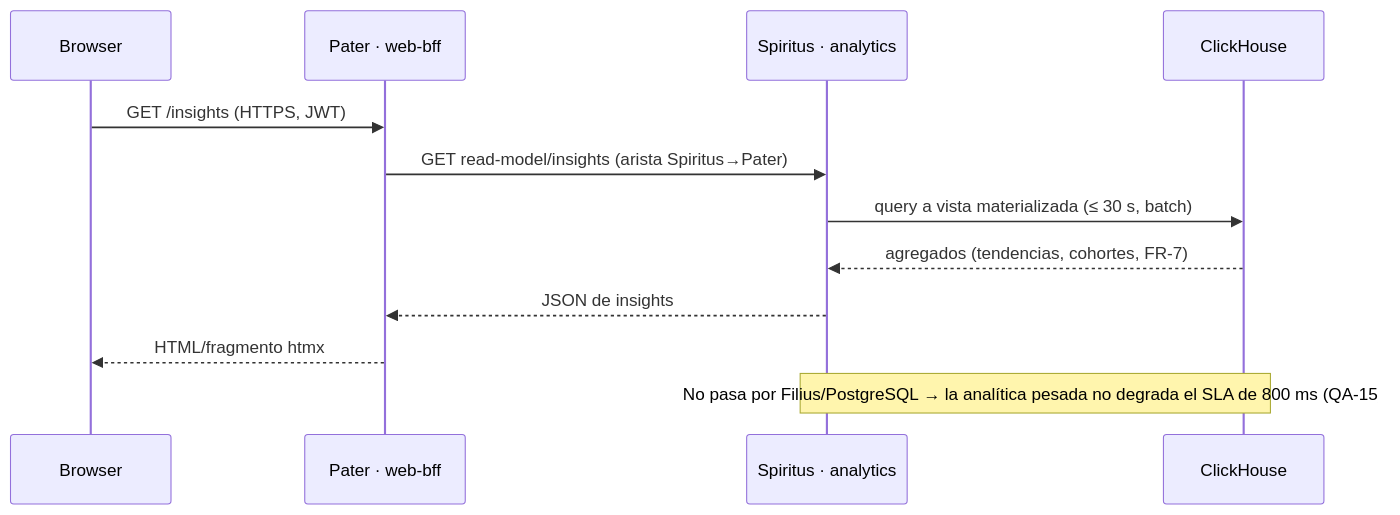
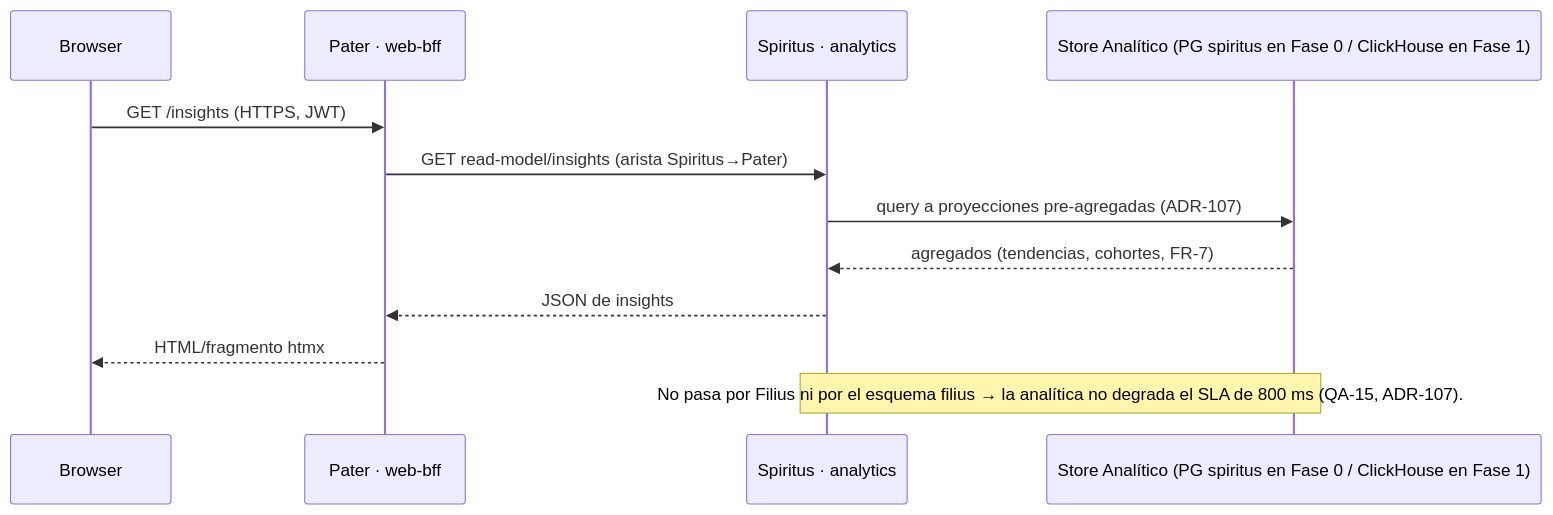
One commit to az-juan/trotamundos changed the sixth of 6 diagrams in trinity/architecture/vista_cyc.md. Above: the diagram before and after it, drawn with Mermaid. The commit also changed 25 other files, not shown here.

Commit message:
Completo Fase 0, Adr's 106-108

````diff
--- a/trinity/architecture/vista_cyc.md
+++ b/trinity/architecture/vista_cyc.md
@@ -147,14 +147,14 @@
 ```mermaid
 sequenceDiagram
     participant U as Browser
     participant WB as Pater · web-bff
     participant AN as Spiritus · analytics
-    participant CH as ClickHouse
+    participant OLAP as Store Analítico (PG spiritus en Fase 0 / ClickHouse en Fase 1)
     U->>WB: GET /insights (HTTPS, JWT)
     WB->>AN: GET read-model/insights (arista Spiritus→Pater)
-    AN->>CH: query a vista materializada (≤ 30 s, batch)
-    CH-->>AN: agregados (tendencias, cohortes, FR-7)
+    AN->>OLAP: query a proyecciones pre-agregadas (ADR-107)
+    OLAP-->>AN: agregados (tendencias, cohortes, FR-7)
     AN-->>WB: JSON de insights
     WB-->>U: HTML/fragmento htmx
-    Note over AN,CH: No pasa por Filius/PostgreSQL → la analítica pesada no degrada el SLA de 800 ms (QA-15).
+    Note over AN,OLAP: No pasa por Filius ni por el esquema filius → la analítica no degrada el SLA de 800 ms (QA-15, ADR-107).
 ```
````
